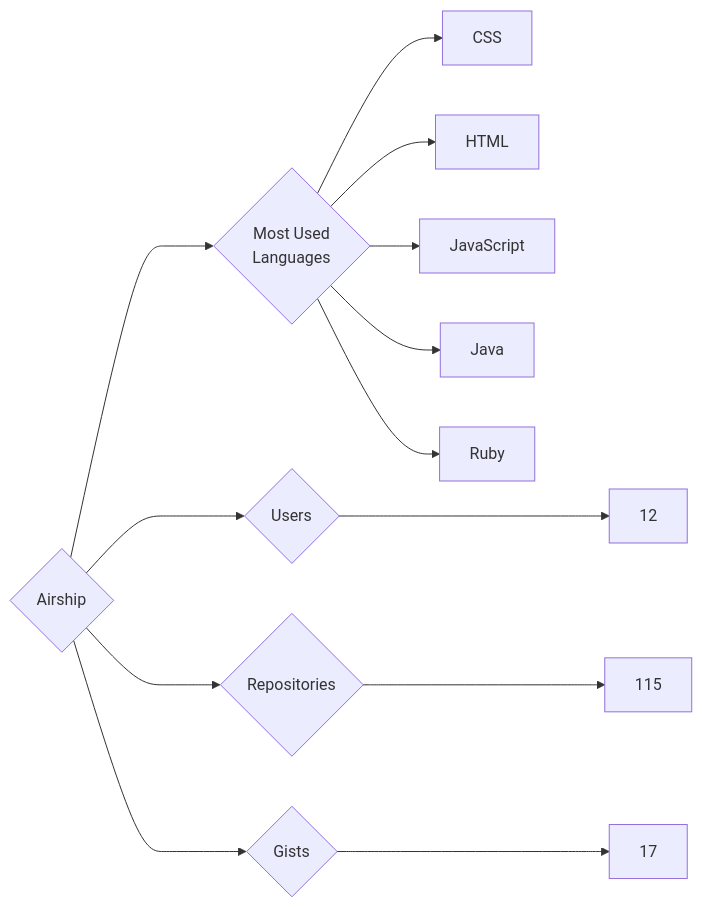
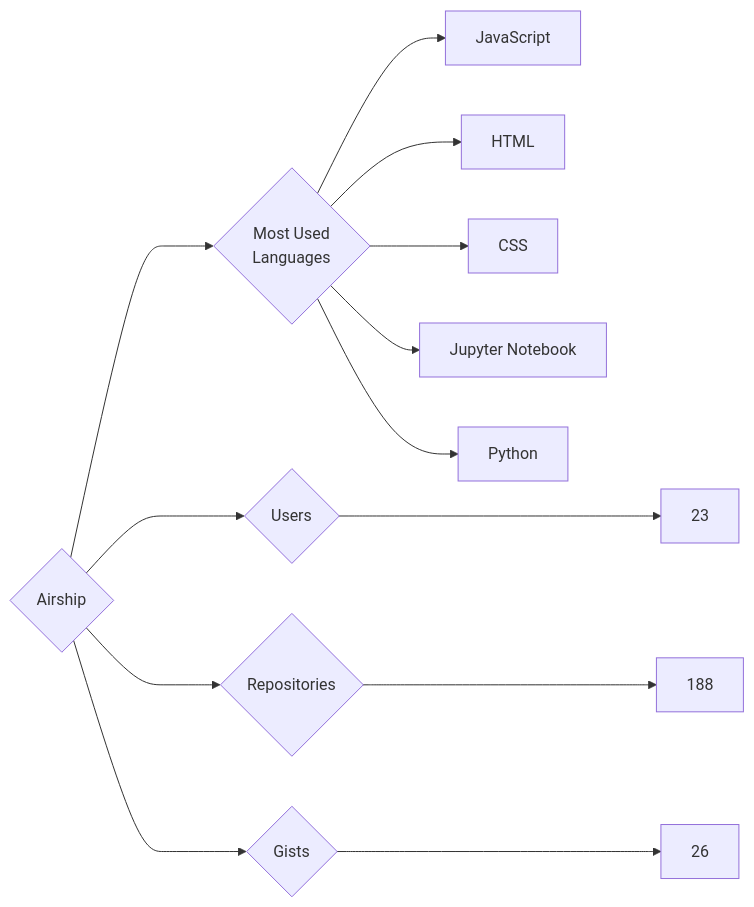
One commit to trickest/insiders changed the diagram in targets/Airship/README.md. Above: the diagram before and after it, drawn with Mermaid. The commit also changed 914 other files, not shown here.

````diff
--- a/targets/Airship/README.md
+++ b/targets/Airship/README.md
@@ -3,13 +3,13 @@
 ```mermaid
 graph LR
 COMPANY_NAME{Airship}
-COMPANY_NAME ---> U{Users} ---> UN[12]
-COMPANY_NAME ---> R{Repositories} ---> RN[115]
-COMPANY_NAME ---> G{Gists} ---> GN[17]
+COMPANY_NAME ---> U{Users} ---> UN[23]
+COMPANY_NAME ---> R{Repositories} ---> RN[188]
+COMPANY_NAME ---> G{Gists} ---> GN[26]
 COMPANY_NAME ---> ML{Most Used<br>Languages}
+ML --> JavaScript[JavaScript]
+ML --> HTML[HTML]
 ML --> CSS[CSS]
-ML --> HTML[HTML]
-ML --> JavaScript[JavaScript]
-ML --> Java[Java]
-ML --> Ruby[Ruby]
+ML --> Jupyter_Notebook[Jupyter Notebook]
+ML --> Python[Python]
 ```
````
